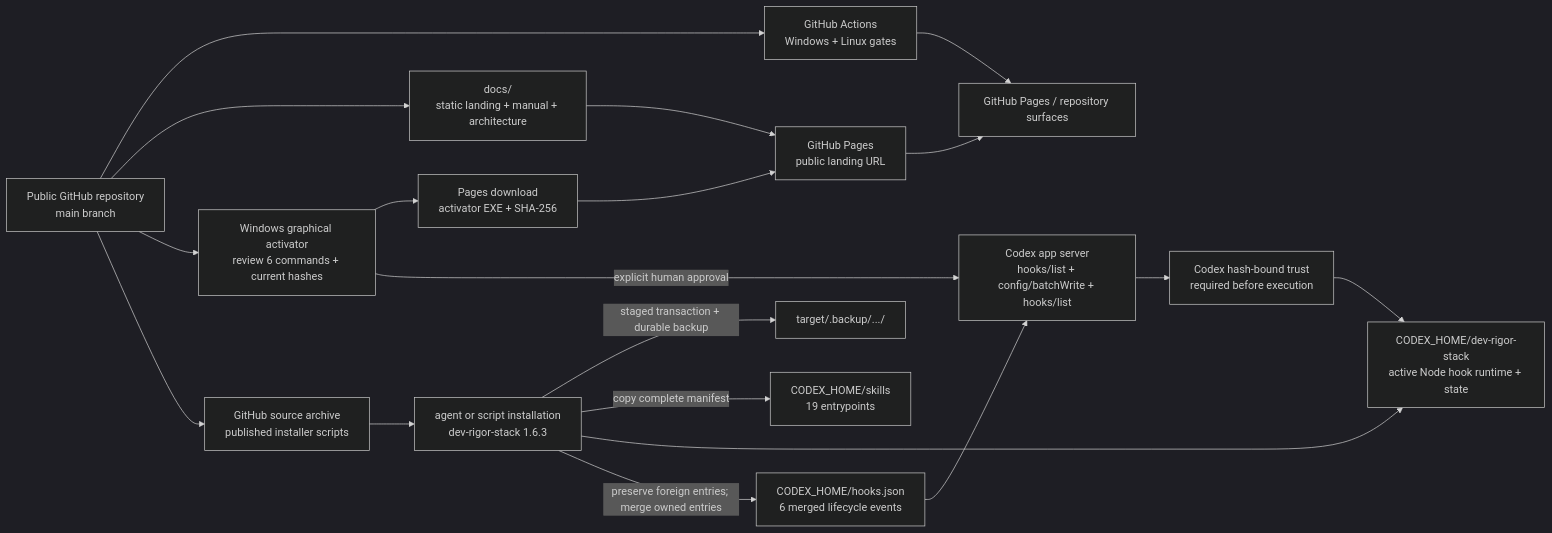
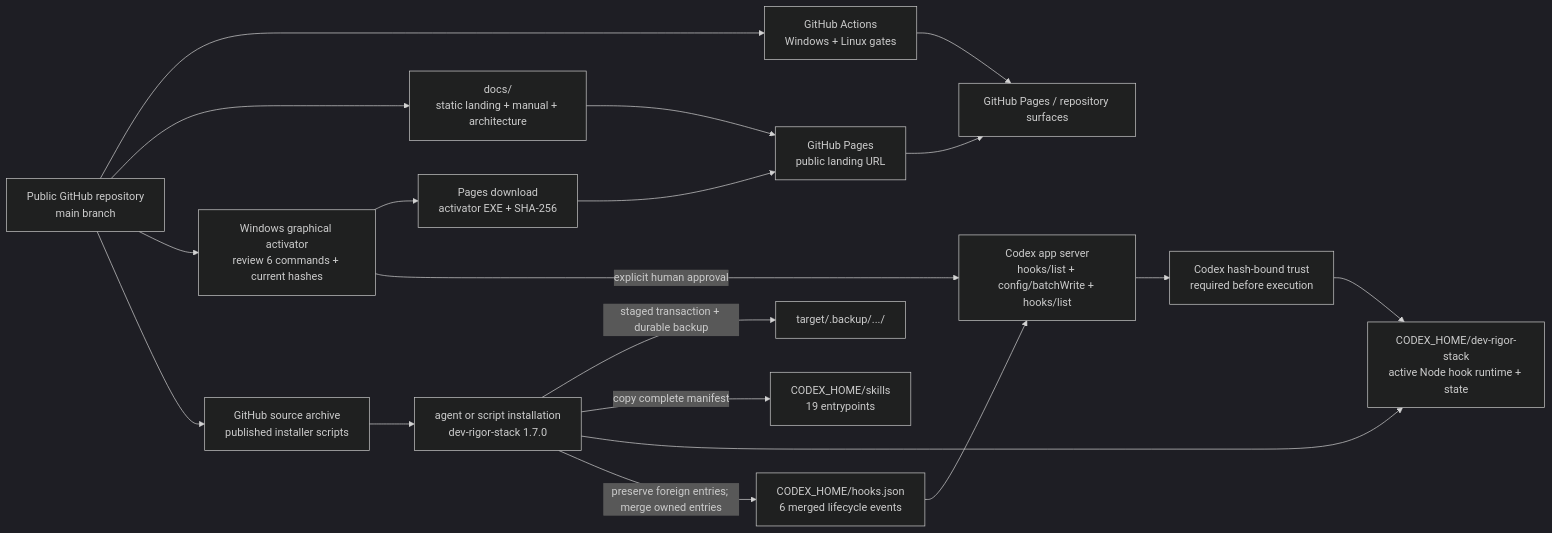
The fifth of 5 diagrams in docs/ARCHITECTURE.md (scottconverse/codex-dev-rigor-stack), drawn with Mermaid (dark theme) before and after one commit. The commit also changed other lines of this file and 33 other files, not shown here.

````diff
--- a/docs/ARCHITECTURE.md
+++ b/docs/ARCHITECTURE.md
@@ -200,29 +216,29 @@
 ```mermaid
 flowchart LR
     Source["Public GitHub repository\nmain branch"]
     Docs["docs/\nstatic landing + manual + architecture"]
     Pages["GitHub Pages\npublic landing URL"]
     Archive["GitHub source archive\npublished installer scripts"]
-    Installer["agent or script installation\ndev-rigor-stack 1.6.3"]
+    Installer["agent or script installation\ndev-rigor-stack 1.7.0"]
     Backup["target/.backup/.../<timestamp>"]
     Home["CODEX_HOME/skills\n19 entrypoints"]
     Runtime["CODEX_HOME/dev-rigor-stack\nactive Node hook runtime + state"]
     HookConfig["CODEX_HOME/hooks.json\n6 merged lifecycle events"]
     Activator["Windows graphical activator\nreview 6 commands + current hashes"]
     AppServer["Codex app server\nhooks/list + config/batchWrite + hooks/list"]
     Trust["Codex hash-bound trust\nrequired before execution"]
     Download["Pages download\nactivator EXE + SHA-256"]
     CI["GitHub Actions\nWindows + Linux gates"]
     Publish["GitHub Pages / repository surfaces"]
 
     Source --> CI --> Publish
     Source --> Docs --> Pages --> Publish
     Source --> Activator --> Download --> Pages
     Source --> Archive --> Installer
     Installer -->|staged transaction + durable backup| Backup
     Installer -->|copy complete manifest| Home
     Installer --> Runtime
     Installer -->|preserve foreign entries; merge owned entries| HookConfig
     HookConfig --> AppServer
     Activator -->|explicit human approval| AppServer --> Trust --> Runtime
 ```
````
